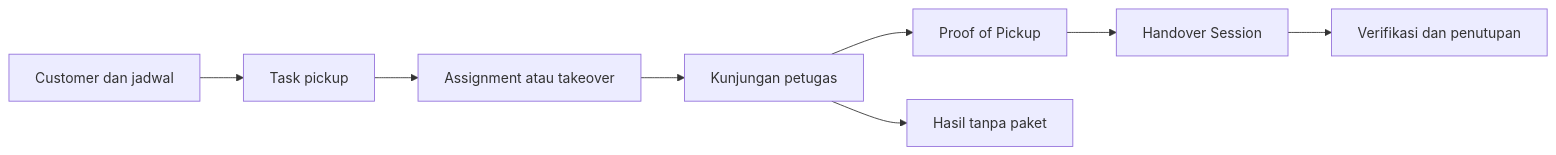
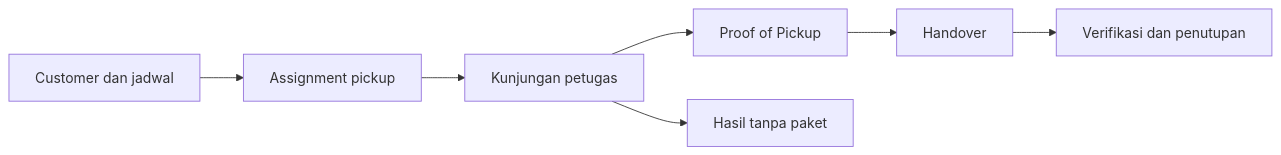
Before and after one commit to ifxxca/dust: the diagram in README.md, drawn with Mermaid. The commit also changed other lines of this file and 1 other file, not shown here.

````diff
--- a/README.md
+++ b/README.md
@@ -653,10 +45,9 @@
 ```mermaid
 flowchart LR
-    A[Customer dan jadwal] --> B[Task pickup]
-    B --> C[Assignment atau takeover]
-    C --> D[Kunjungan petugas]
-    D --> E[Proof of Pickup]
-    D --> F[Hasil tanpa paket]
-    E --> G[Handover Session]
-    G --> H[Verifikasi dan penutupan]
+    A[Customer dan jadwal] --> B[Assignment pickup]
+    B --> C[Kunjungan petugas]
+    C --> D[Proof of Pickup]
+    C --> E[Hasil tanpa paket]
+    D --> F[Handover]
+    F --> G[Verifikasi dan penutupan]
 ```
````
